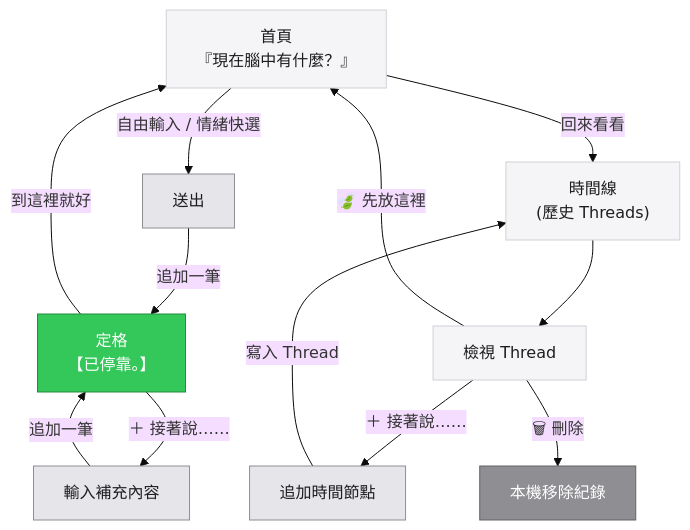
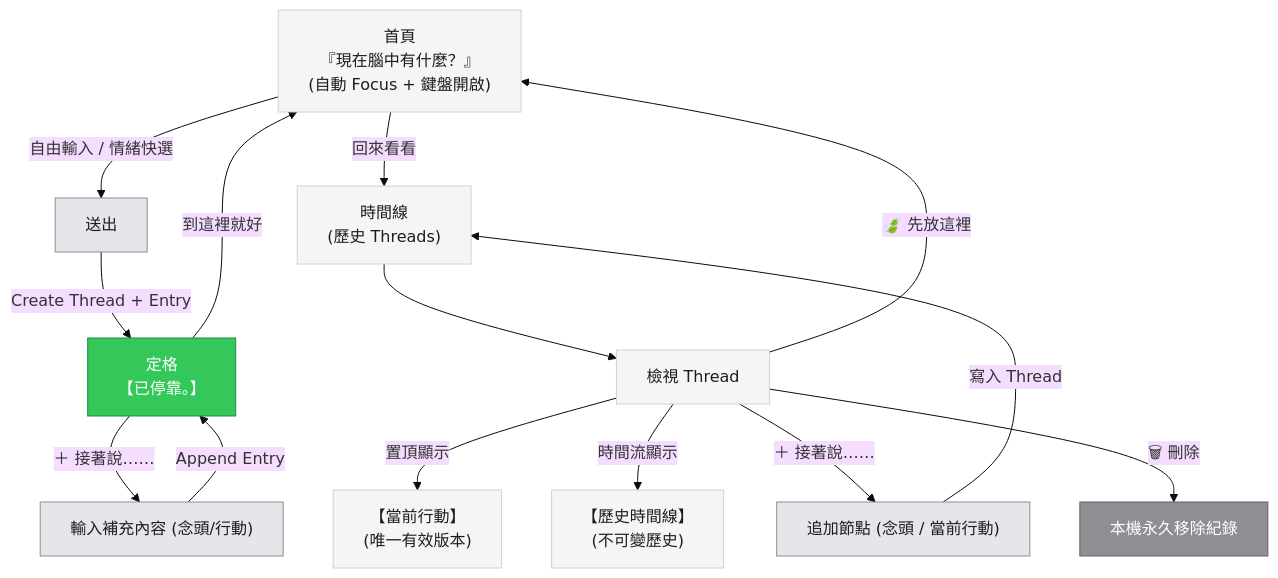
One commit to q5089877/privateMind changed the diagram in flow_diagram.md. Above: the diagram before and after it, drawn with Mermaid (base theme). The commit also changed other lines of this file and 12 other files, not shown here.

Commit message:
feat: implement Mind Harbor V7 with current action spatial anchor and entry types

````diff
--- a/flow_diagram.md
+++ b/flow_diagram.md
@@ -73,29 +84,32 @@
 ```mermaid
 flowchart TD
     %% 節點樣式
     classDef input fill:#F5F5F7,stroke:#D1D1D6,stroke-width:1px,color:#1D1D1F;
     classDef action fill:#E5E5EA,stroke:#8E8E93,stroke-width:1px,color:#1D1D1F;
     classDef settle fill:#34C759,stroke:#248A3D,stroke-width:1px,color:#FFFFFF;
     classDef terminal fill:#8E8E93,stroke:#636366,stroke-width:1px,color:#FFFFFF;
 
-    HOME["首頁<br/>『現在腦中有什麼？』"]:::input
+    HOME["首頁<br/>『現在腦中有什麼？』<br/>(自動 Focus + 鍵盤開啟)"]:::input
 
     %% 首頁操作
     HOME -->|"自由輸入 / 情緒快選"| SUBMIT["送出"]:::action
     HOME -->|"回來看看"| TIMELINE["時間線<br/>(歷史 Threads)"]:::input
 
     %% 寫入路徑
-    SUBMIT -->|"追加一筆"| SETTLED["定格<br/>【已停靠。】"]:::settle
+    SUBMIT -->|"Create Thread + Entry"| SETTLED["定格<br/>【已停靠。】"]:::settle
     SETTLED -->|"到這裡就好"| HOME
-    SETTLED -->|"＋ 接著說……"| APPEND_NOW["輸入補充內容"]:::action
-    APPEND_NOW -->|"追加一筆"| SETTLED
+    SETTLED -->|"＋ 接著說……"| APPEND_NOW["輸入補充內容 (念頭/行動)"]:::action
+    APPEND_NOW -->|"Append Entry"| SETTLED
 
     %% 時間線操作
     TIMELINE --> THREAD["檢視 Thread"]:::input
     
-    THREAD -->|"＋ 接著說……"| APPEND_LATER["追加時間節點"]:::action
+    THREAD -->|"置頂顯示"| CURR_ACTION["【當前行動】<br/>(唯一有效版本)"]:::input
+    THREAD -->|"時間流顯示"| HIST_ENTRIES["【歷史時間線】<br/>(不可變歷史)"]:::input
+    
+    THREAD -->|"＋ 接著說……"| APPEND_LATER["追加節點 (念頭 / 當前行動)"]:::action
     APPEND_LATER -->|"寫入 Thread"| TIMELINE
     
     THREAD -->|"🍃 先放這裡"| HOME
-    THREAD -->|"🗑 刪除"| DELETE["本機移除紀錄"]:::terminal
+    THREAD -->|"🗑 刪除"| DELETE["本機永久移除紀錄"]:::terminal
 ```
````
